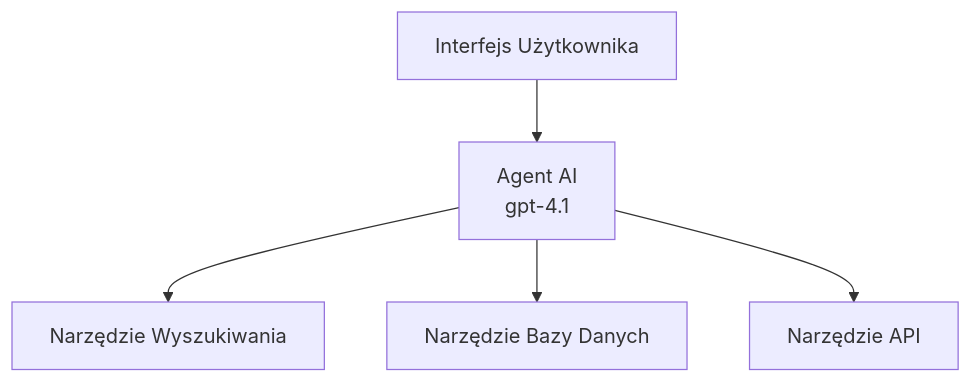
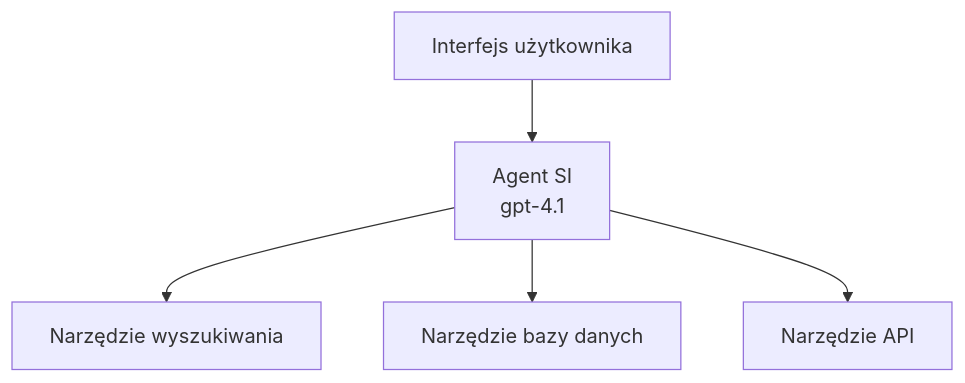
The first of 3 diagrams in translations/pl/docs/chapter-02-ai-development/agents.md (microsoft/AZD-for-beginners), drawn with Mermaid before and after one commit. The commit also changed other lines of this file and 101 other files, not shown here.

````diff
--- a/translations/pl/docs/chapter-02-ai-development/agents.md
+++ b/translations/pl/docs/chapter-02-ai-development/agents.md
@@ -152,7 +157,7 @@
 ```mermaid
 graph TD
-    UI[Interfejs Użytkownika] --> Agent[Agent AI<br/>gpt-4.1]
-    Agent --> Search[Narzędzie Wyszukiwania]
-    Agent --> Database[Narzędzie Bazy Danych]
+    UI[Interfejs użytkownika] --> Agent[Agent SI<br/>gpt-4.1]
+    Agent --> Search[Narzędzie wyszukiwania]
+    Agent --> Database[Narzędzie bazy danych]
     Agent --> API[Narzędzie API]
 ```
````
